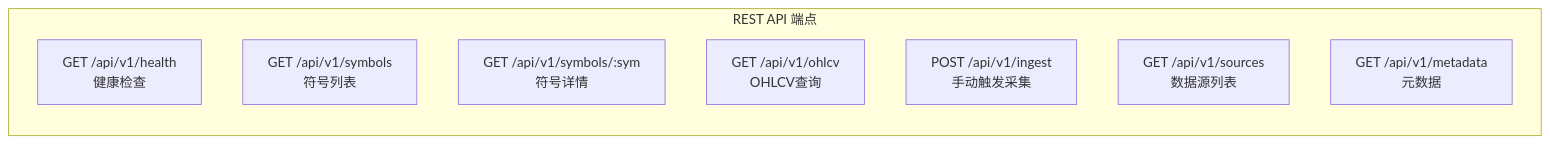
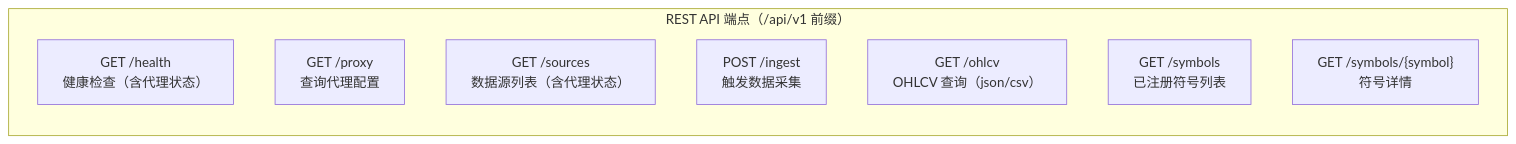
One commit to RESBI/StockStatistic changed diagram 15 of 23 in DESIGN_CN.md. Above: the diagram before and after it, drawn with Mermaid. The commit also changed other lines of this file and 12 other files, not shown here.

````diff
--- a/DESIGN_CN.md
+++ b/DESIGN_CN.md
@@ -1043,12 +1066,12 @@
 ```mermaid
 graph LR
-    subgraph "REST API 端点"
-        E1["GET /api/v1/health<br/>健康检查"]
-        E2["GET /api/v1/symbols<br/>符号列表"]
-        E3["GET /api/v1/symbols/:sym<br/>符号详情"]
-        E4["GET /api/v1/ohlcv<br/>OHLCV查询"]
-        E5["POST /api/v1/ingest<br/>手动触发采集"]
-        E6["GET /api/v1/sources<br/>数据源列表"]
-        E7["GET /api/v1/metadata<br/>元数据"]
+    subgraph "REST API 端点（/api/v1 前缀）"
+        E1["GET /health<br/>健康检查（含代理状态）"]
+        E2["GET /proxy<br/>查询代理配置"]
+        E3["GET /sources<br/>数据源列表（含代理状态）"]
+        E4["POST /ingest<br/>触发数据采集"]
+        E5["GET /ohlcv<br/>OHLCV 查询（json/csv）"]
+        E6["GET /symbols<br/>已注册符号列表"]
+        E7["GET /symbols/{symbol}<br/>符号详情"]
     end
 ```
````
